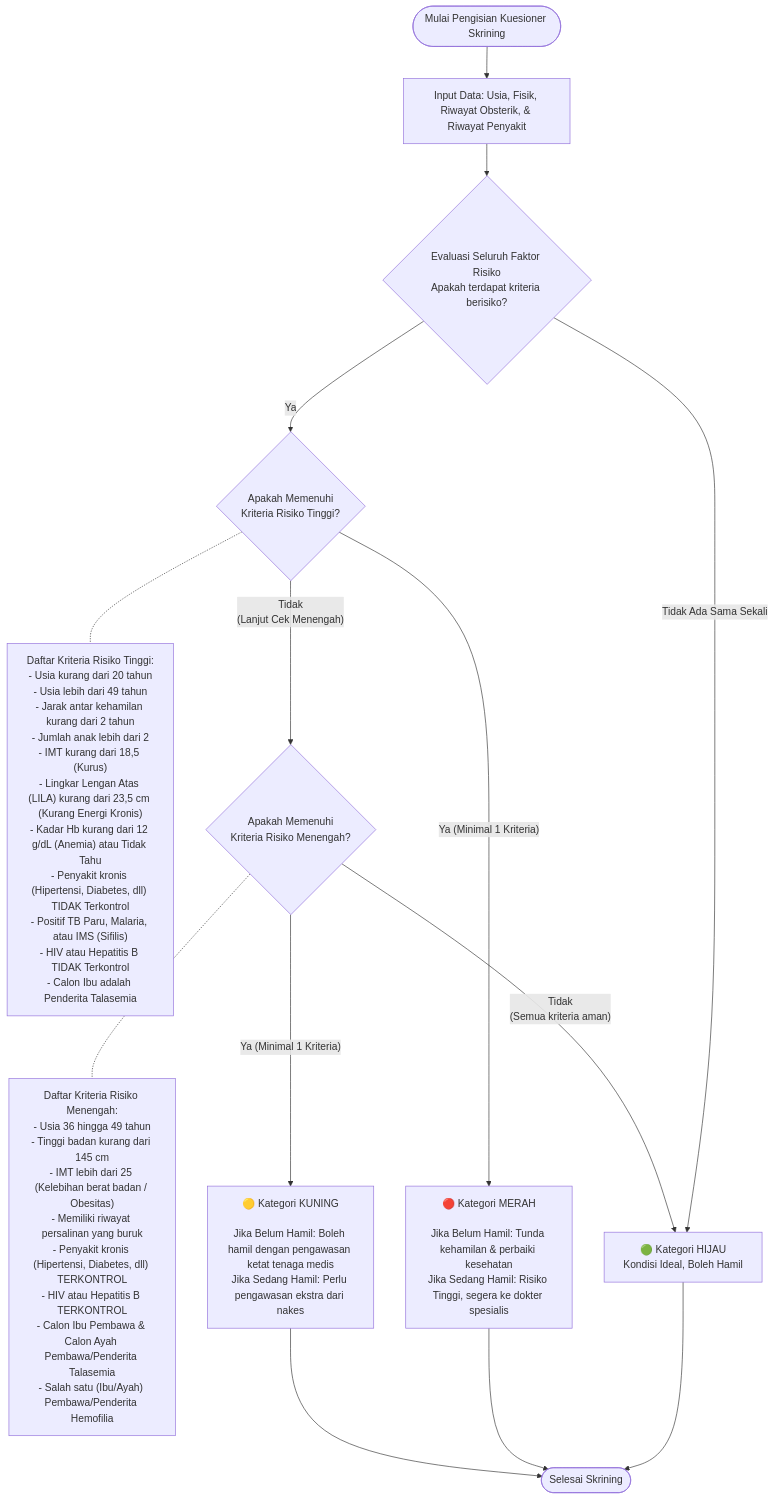
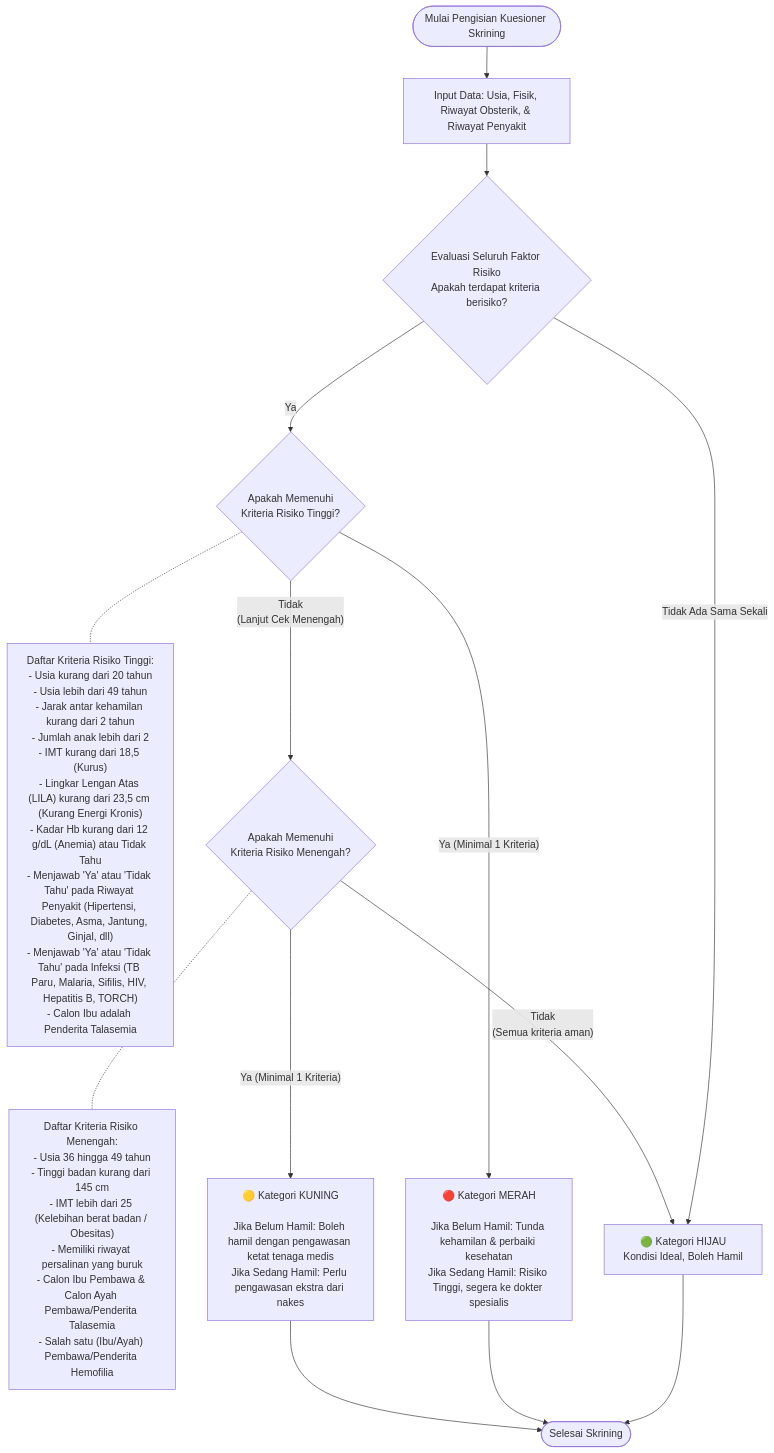
One commit to rahmatrmdn/panduan-kescatin changed the diagram in README.md. Above: the diagram before and after it, drawn with Mermaid.

Commit message:
Update risk criteria in README.md

````diff
--- a/README.md
+++ b/README.md
@@ -14,31 +14,31 @@
 ```mermaid
 flowchart TD
     Start(["Mulai Pengisian Kuesioner Skrining"]) --> Input["Input Data: Usia, Fisik, Riwayat Obsterik, & Riwayat Penyakit"]
     Input --> EvaluasiRisiko{"Evaluasi Seluruh Faktor Risiko<br>Apakah terdapat kriteria berisiko?"}
 
     %% Kriteria Risiko Tinggi
     EvaluasiRisiko -->|"Ya"| CekRisikoTinggi{"Apakah Memenuhi<br>Kriteria Risiko Tinggi?"}
     
-    noteMerah["Daftar Kriteria Risiko Tinggi:<br>- Usia kurang dari 20 tahun<br>- Usia lebih dari 49 tahun<br>- Jarak antar kehamilan kurang dari 2 tahun<br>- Jumlah anak lebih dari 2<br>- IMT kurang dari 18,5 (Kurus)<br>- Lingkar Lengan Atas (LILA) kurang dari 23,5 cm (Kurang Energi Kronis)<br>- Kadar Hb kurang dari 12 g/dL (Anemia) atau Tidak Tahu<br>- Penyakit kronis (Hipertensi, Diabetes, dll) TIDAK Terkontrol<br>- Positif TB Paru, Malaria, atau IMS (Sifilis)<br>- HIV atau Hepatitis B TIDAK Terkontrol<br>- Calon Ibu adalah Penderita Talasemia"]
+    noteMerah["Daftar Kriteria Risiko Tinggi:<br>- Usia kurang dari 20 tahun<br>- Usia lebih dari 49 tahun<br>- Jarak antar kehamilan kurang dari 2 tahun<br>- Jumlah anak lebih dari 2<br>- IMT kurang dari 18,5 (Kurus)<br>- Lingkar Lengan Atas (LILA) kurang dari 23,5 cm (Kurang Energi Kronis)<br>- Kadar Hb kurang dari 12 g/dL (Anemia) atau Tidak Tahu<br>- Menjawab 'Ya' atau 'Tidak Tahu' pada Riwayat Penyakit (Hipertensi, Diabetes, Asma, Jantung, Ginjal, dll)<br>- Menjawab 'Ya' atau 'Tidak Tahu' pada Infeksi (TB Paru, Malaria, Sifilis, HIV, Hepatitis B, TORCH)<br>- Calon Ibu adalah Penderita Talasemia"]
     CekRisikoTinggi -.- noteMerah
 
     %% Kriteria Risiko Menengah
     CekRisikoTinggi -->|"Tidak<br>(Lanjut Cek Menengah)"| CekRisikoMenengah{"Apakah Memenuhi<br>Kriteria Risiko Menengah?"}
     
-    noteKuning["Daftar Kriteria Risiko Menengah:<br>- Usia 36 hingga 49 tahun<br>- Tinggi badan kurang dari 145 cm<br>- IMT lebih dari 25 (Kelebihan berat badan / Obesitas)<br>- Memiliki riwayat persalinan yang buruk<br>- Penyakit kronis (Hipertensi, Diabetes, dll) TERKONTROL<br>- HIV atau Hepatitis B TERKONTROL<br>- Calon Ibu Pembawa & Calon Ayah Pembawa/Penderita Talasemia<br>- Salah satu (Ibu/Ayah) Pembawa/Penderita Hemofilia"]
+    noteKuning["Daftar Kriteria Risiko Menengah:<br>- Usia 36 hingga 49 tahun<br>- Tinggi badan kurang dari 145 cm<br>- IMT lebih dari 25 (Kelebihan berat badan / Obesitas)<br>- Memiliki riwayat persalinan yang buruk<br>- Calon Ibu Pembawa & Calon Ayah Pembawa/Penderita Talasemia<br>- Salah satu (Ibu/Ayah) Pembawa/Penderita Hemofilia"]
     CekRisikoMenengah -.- noteKuning
 
     %% Tidak Ada Risiko
     EvaluasiRisiko -->|"Tidak Ada Sama Sekali"| Hijau["🟢 Kategori HIJAU<br>Kondisi Ideal, Boleh Hamil"]
     CekRisikoMenengah -->|"Tidak<br>(Semua kriteria aman)"| Hijau
 
     %% Alur untuk Merah
     CekRisikoTinggi -->|"Ya (Minimal 1 Kriteria)"| Merah["🔴 Kategori MERAH<br><br>Jika Belum Hamil: Tunda kehamilan & perbaiki kesehatan<br>Jika Sedang Hamil: Risiko Tinggi, segera ke dokter spesialis"]
 
     %% Alur untuk Kuning
     CekRisikoMenengah -->|"Ya (Minimal 1 Kriteria)"| Kuning["🟡 Kategori KUNING<br><br>Jika Belum Hamil: Boleh hamil dengan pengawasan ketat tenaga medis<br>Jika Sedang Hamil: Perlu pengawasan ekstra dari nakes"]
 
     Hijau --> Selesai(["Selesai Skrining"])
     Merah --> Selesai
     Kuning --> Selesai
 ```
````
